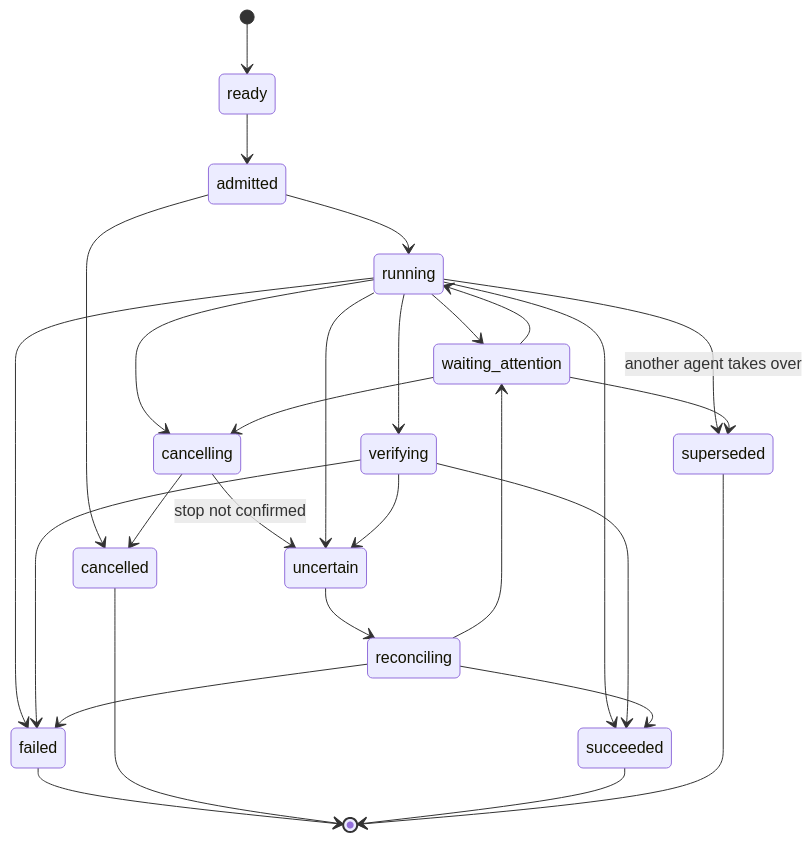
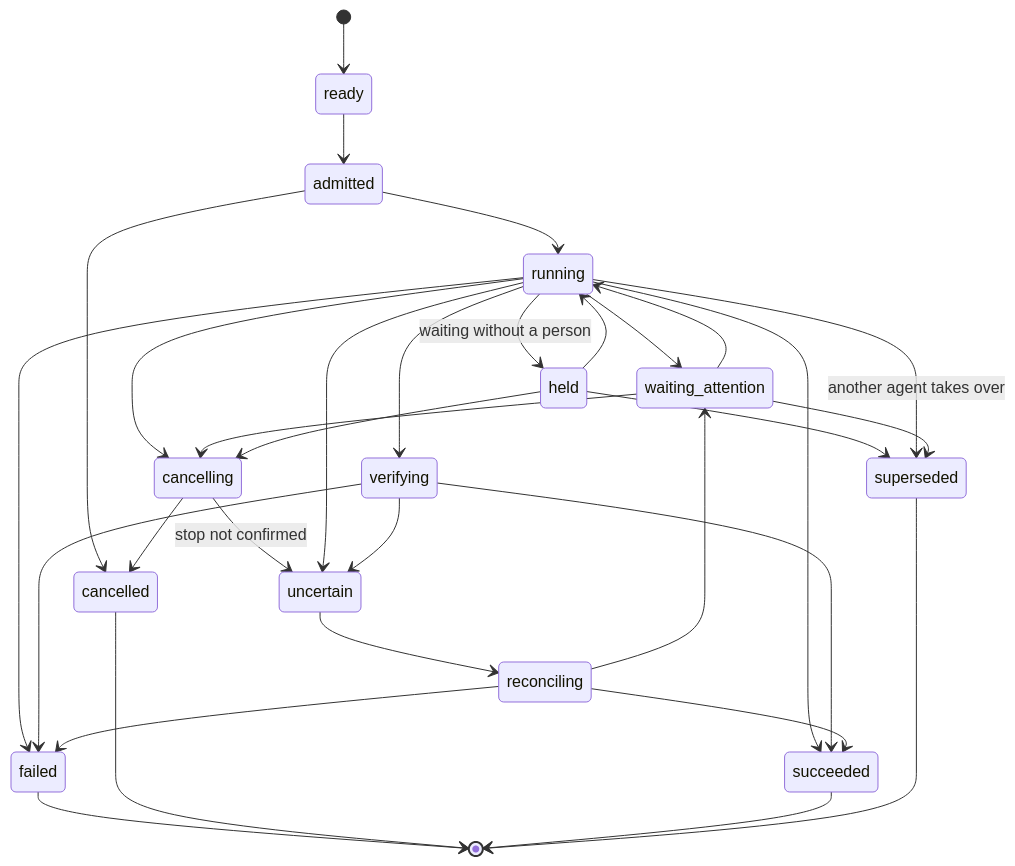
Before and after one commit to AltharIDE/althar: the diagram in docs/architecture/05-workflow-engine.md, drawn with Mermaid. The commit also changed other lines of this file and 34 other files, not shown here.

First line of the commit message:
Rework the schema after review

````diff
--- a/docs/architecture/05-workflow-engine.md
+++ b/docs/architecture/05-workflow-engine.md
@@ -128,30 +128,34 @@
 ```mermaid
 stateDiagram-v2
     [*] --> ready
     ready --> admitted
     admitted --> running
     admitted --> cancelled
     running --> succeeded
     running --> waiting_attention
     waiting_attention --> running
     running --> verifying
     verifying --> succeeded
     running --> cancelling
     waiting_attention --> cancelling
     cancelling --> cancelled
     cancelling --> uncertain: stop not confirmed
     running --> failed
     verifying --> failed
     running --> uncertain
     verifying --> uncertain
     uncertain --> reconciling
     reconciling --> succeeded
     reconciling --> failed
     reconciling --> waiting_attention
+    running --> held: waiting without a person
+    held --> running
+    held --> cancelling
+    held --> superseded
     running --> superseded: another agent takes over
     waiting_attention --> superseded
     failed --> [*]
     cancelled --> [*]
     succeeded --> [*]
     superseded --> [*]
 ```
````
